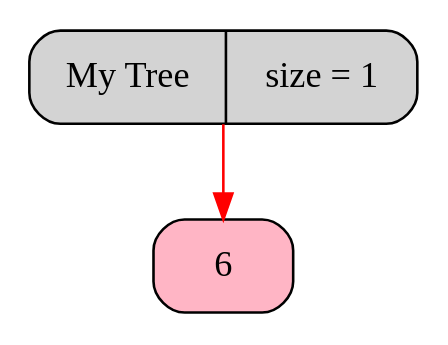
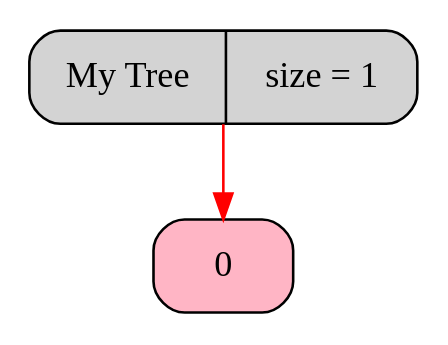
Before and after one commit to Pelmeshka127/Differenciator-Machine-Son: the diagram in graphics/graph.dot, drawn with Graphviz. The commit also changed 28 other files, not shown here.

```diff
--- a/graphics/graph.dot
+++ b/graphics/graph.dot
@@ -1,9 +1,9 @@
 digraph Tree
 {
    rankdir = HR;
    node[fontsize=14];
    edge[color="black",fontcolor="blue",fontsize=12];
    tree[shape = Mrecord, style = filled, filcolor = "red", label = "My Tree | size = 1"];
-   "0x104601e10"[shape = Mrecord, style = filled, fillcolor = "pink1",   label = " <value> 6"];
-   tree -> "0x104601e10" [color = "red"];
+   "0x102601ea0"[shape = Mrecord, style = filled, fillcolor = "pink1",   label = " <value> 0"];
+   tree -> "0x102601ea0" [color = "red"];
 }
```
